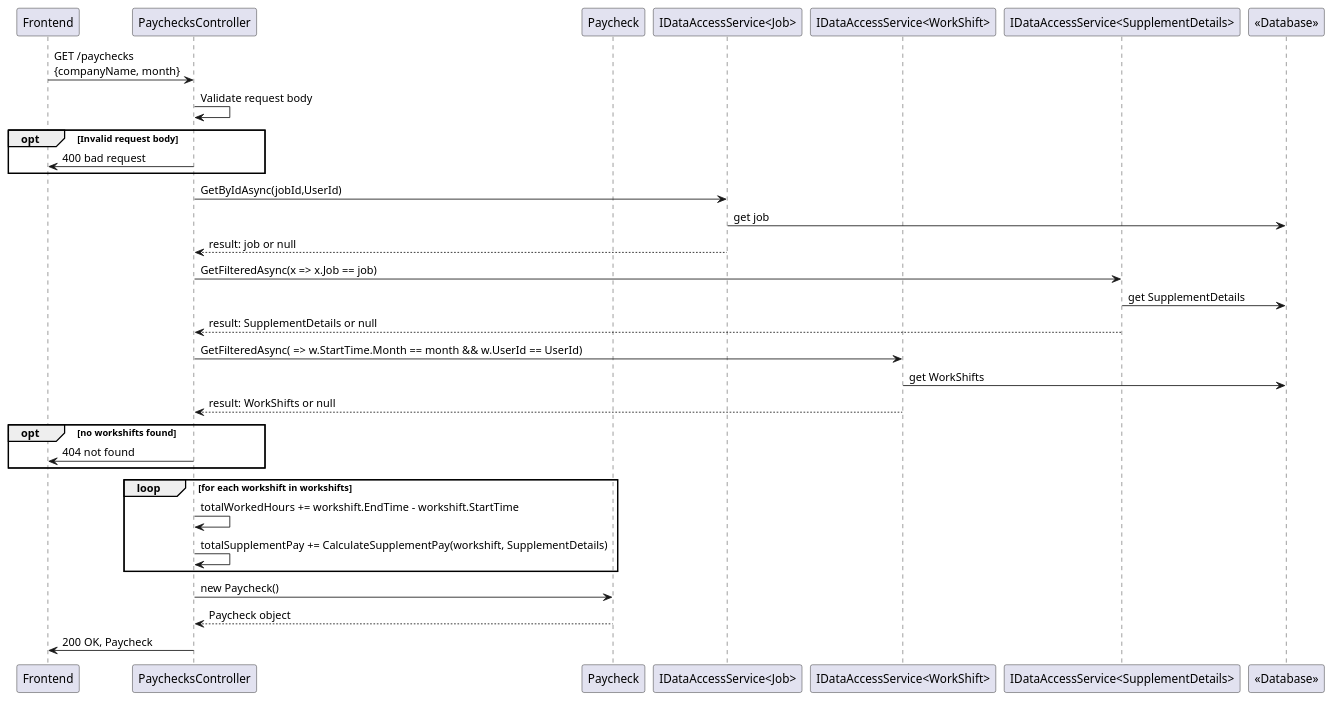
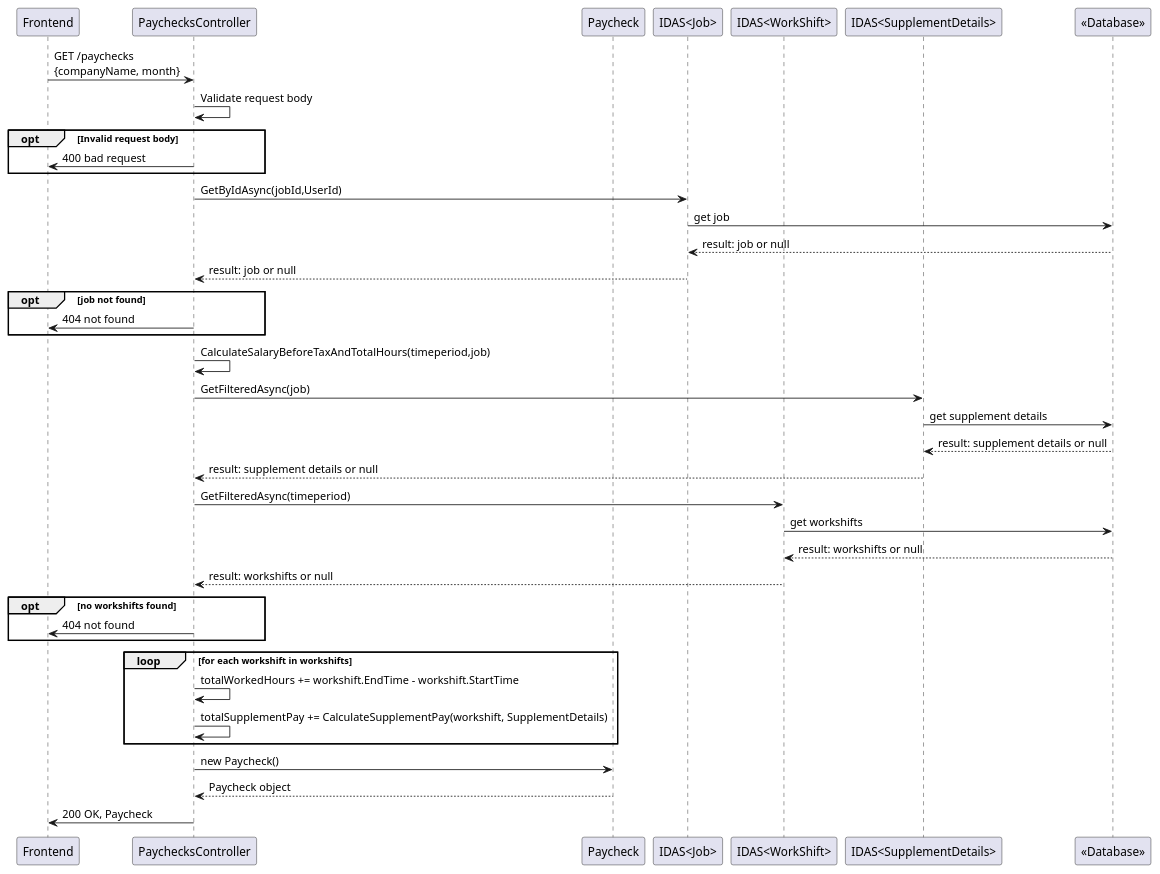
The diagram in diagrams/backend/generatePayCheckSeq.puml (a-chiha/FinanceTrackerBackend), drawn with PlantUML before and after one commit. The commit also changed 12 other files, not shown here.

```diff
--- a/diagrams/backend/generatePayCheckSeq.puml
+++ b/diagrams/backend/generatePayCheckSeq.puml
@@ -3,45 +3,55 @@
 @startuml
 
 participant "Frontend" as Frontend 
 participant "PaychecksController" as PaychecksController
 participant "Paycheck" as Paycheck
-participant "IDataAccessService<Job>" as Job
-participant "IDataAccessService<WorkShift>" as WorkShift
-participant "IDataAccessService<SupplementDetails>" as SupplementDetails
+participant "IDAS<Job>" as Job
+participant "IDAS<WorkShift>" as WorkShift
+participant "IDAS<SupplementDetails>" as SupplementDetails
 participant "<<Database>>" as Database
 
 
 
 Frontend -> PaychecksController: GET /paychecks\n{companyName, month}
 PaychecksController -> PaychecksController: Validate request body
 opt Invalid request body
 PaychecksController -> Frontend: 400 bad request 
 end
 
 PaychecksController -> Job: GetByIdAsync(jobId,UserId)
 Job -> Database: get job
+Database --> Job: result: job or null
+
 Job --> PaychecksController: result: job or null
-PaychecksController -> SupplementDetails: GetFilteredAsync(x => x.Job == job)
-SupplementDetails -> Database: get SupplementDetails
-SupplementDetails --> PaychecksController: result: SupplementDetails or null
 
-PaychecksController -> WorkShift: GetFilteredAsync( => w.StartTime.Month == month && w.UserId == UserId)
-WorkShift -> Database: get WorkShifts
-WorkShift --> PaychecksController: result: WorkShifts or null
+opt job not found
+PaychecksController -> Frontend: 404 not found
+end
+
+PaychecksController -> PaychecksController: CalculateSalaryBeforeTaxAndTotalHours(timeperiod,job)
+
+PaychecksController -> SupplementDetails: GetFilteredAsync(job)
+SupplementDetails -> Database: get supplement details
+Database --> SupplementDetails: result: supplement details or null
+SupplementDetails --> PaychecksController: result: supplement details or null
+PaychecksController -> WorkShift: GetFilteredAsync(timeperiod)
+WorkShift -> Database: get workshifts
+Database --> WorkShift: result: workshifts or null
+PaychecksController <-- WorkShift: result: workshifts or null
 
 opt no workshifts found
 PaychecksController -> Frontend: 404 not found
 
 end
 loop for each workshift in workshifts
 PaychecksController -> PaychecksController: totalWorkedHours += workshift.EndTime - workshift.StartTime
 
 PaychecksController -> PaychecksController: totalSupplementPay += CalculateSupplementPay(workshift, SupplementDetails)
 end
 
 PaychecksController -> Paycheck: new Paycheck()
 Paycheck --> PaychecksController: Paycheck object
 PaychecksController -> Frontend: 200 OK, Paycheck
 
 
 @enduml
```
